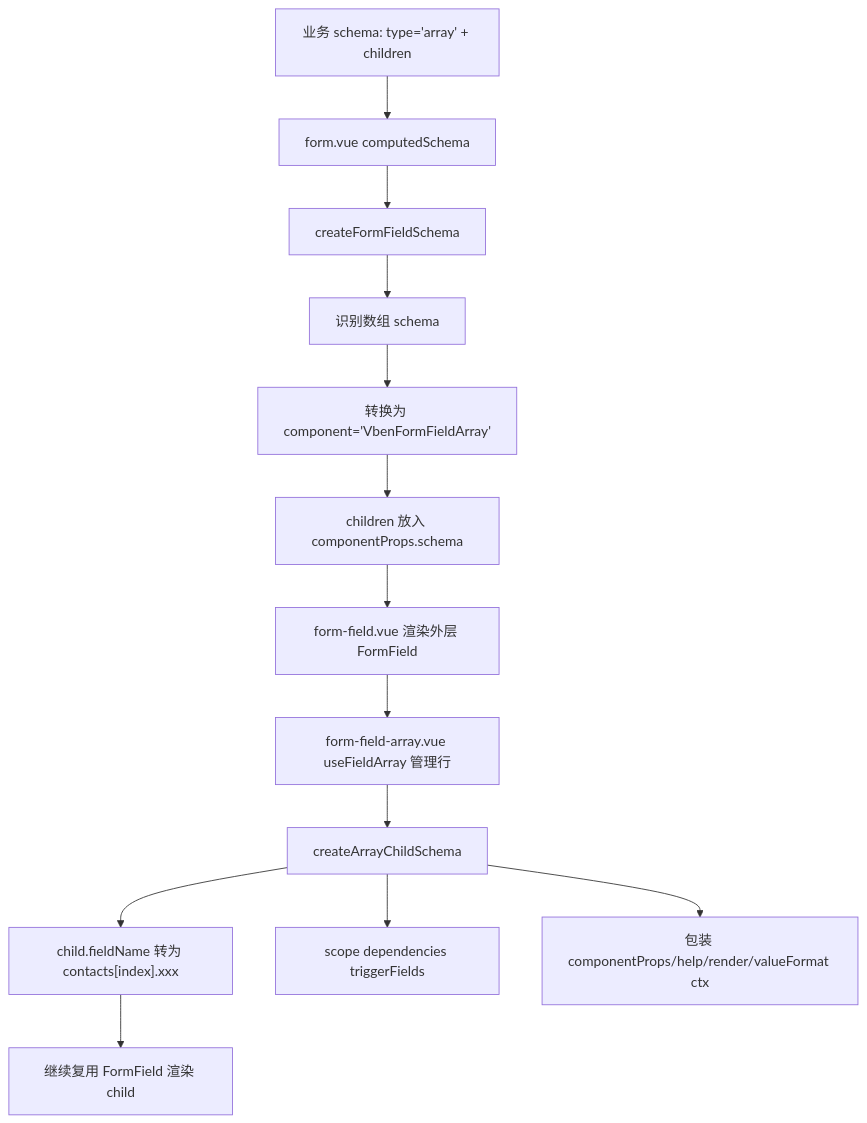
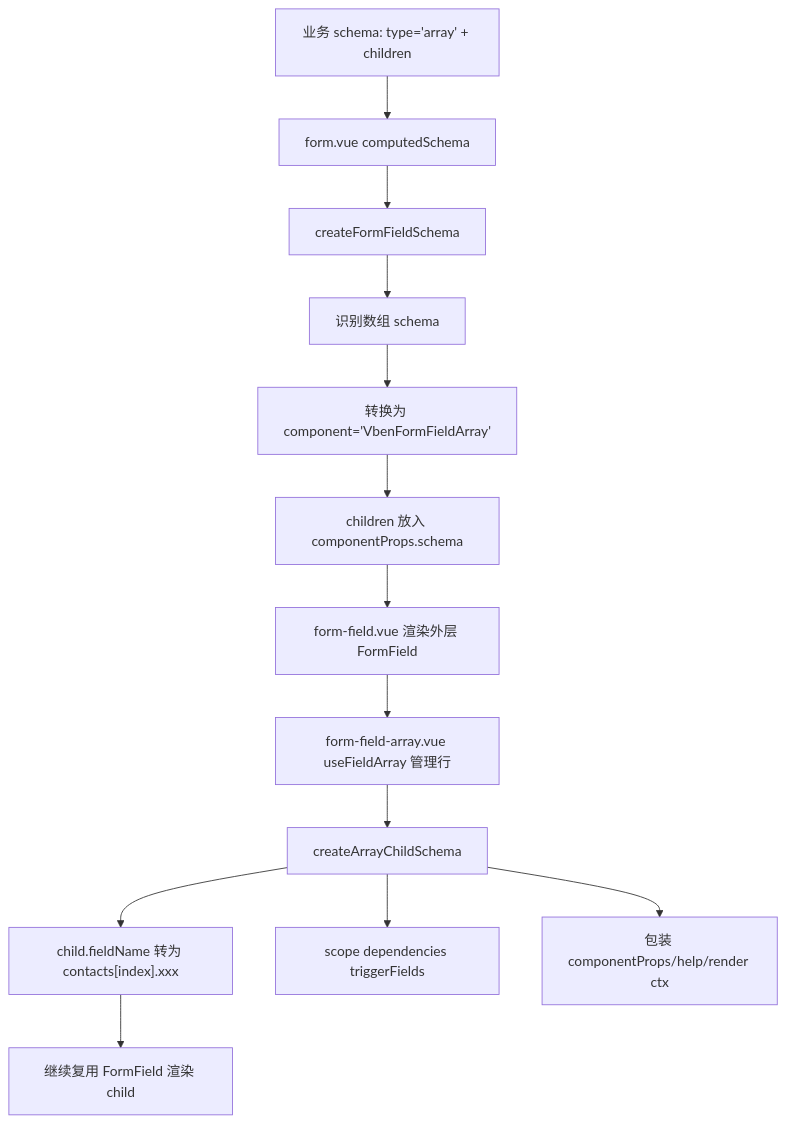
The diagram in playground/src/views/demos/form-array/README.md (vbenjs/vue-vben-admin), drawn with Mermaid before and after one commit. The commit also changed other lines of this file and 42 other files, not shown here.

````diff
--- a/playground/src/views/demos/form-array/README.md
+++ b/playground/src/views/demos/form-array/README.md
@@ -275,15 +274,15 @@
 ```mermaid
 flowchart TD
   A["业务 schema: type='array' + children"] --> B["form.vue computedSchema"]
   B --> C["createFormFieldSchema"]
   C --> D["识别数组 schema"]
   D --> E["转换为 component='VbenFormFieldArray'"]
   E --> F["children 放入 componentProps.schema"]
   F --> G["form-field.vue 渲染外层 FormField"]
   G --> H["form-field-array.vue useFieldArray 管理行"]
   H --> I["createArrayChildSchema"]
   I --> J["child.fieldName 转为 contacts[index].xxx"]
   I --> K["scope dependencies triggerFields"]
-  I --> L["包装 componentProps/help/render/valueFormat ctx"]
+  I --> L["包装 componentProps/help/render ctx"]
   J --> M["继续复用 FormField 渲染 child"]
 ```
````
